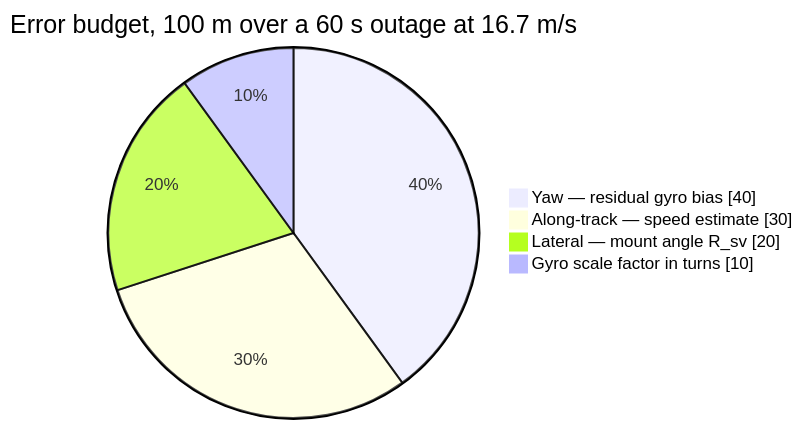
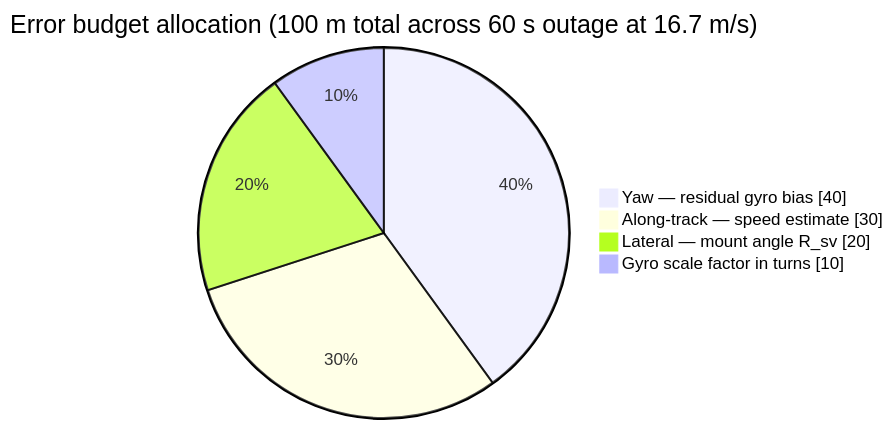
One commit to sushant-mishra-dtu/SIH-26168 changed the second of 2 diagrams in README.md. Above: the diagram before and after it, drawn with Mermaid. The commit also changed other lines of this file and 1 other file, not shown here.

````diff
--- a/README.md
+++ b/README.md
@@ -102,8 +88,8 @@
 ```mermaid
 pie showData
-    title Error budget, 100 m over a 60 s outage at 16.7 m/s
+    title Error budget allocation (100 m total across 60 s outage at 16.7 m/s)
     "Yaw — residual gyro bias" : 40
     "Along-track — speed estimate" : 30
     "Lateral — mount angle R_sv" : 20
     "Gyro scale factor in turns" : 10
 ```
````
